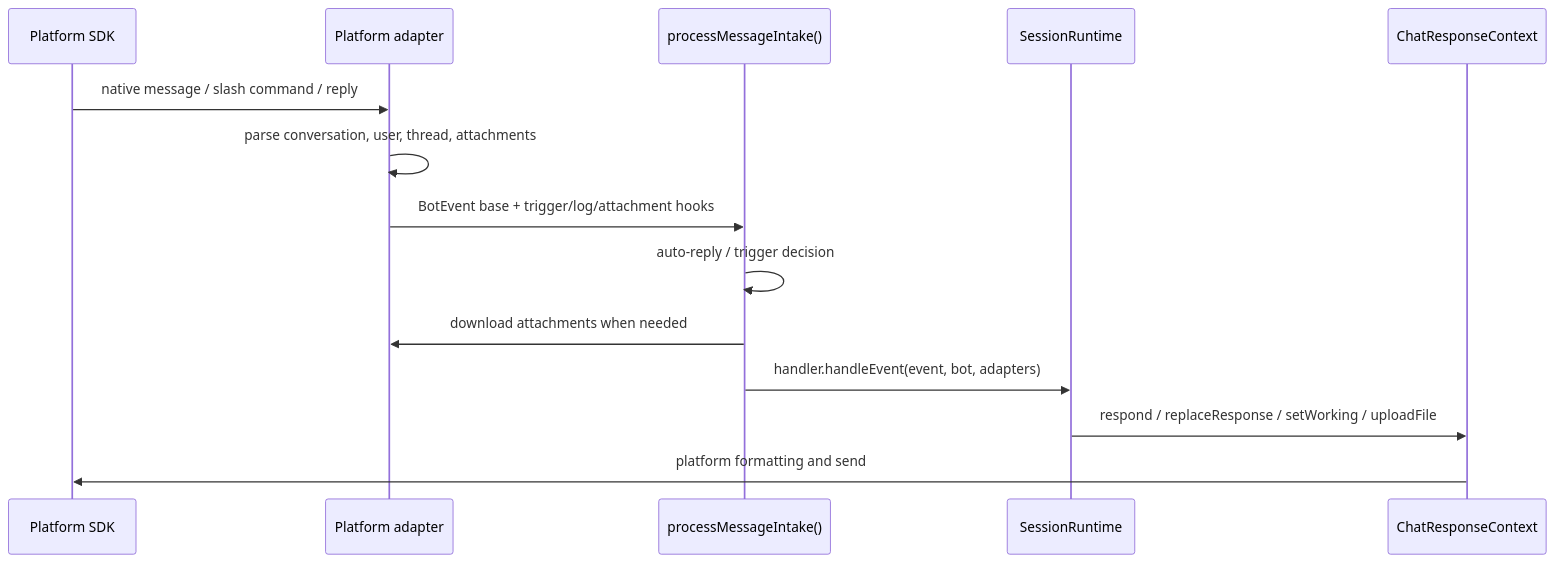
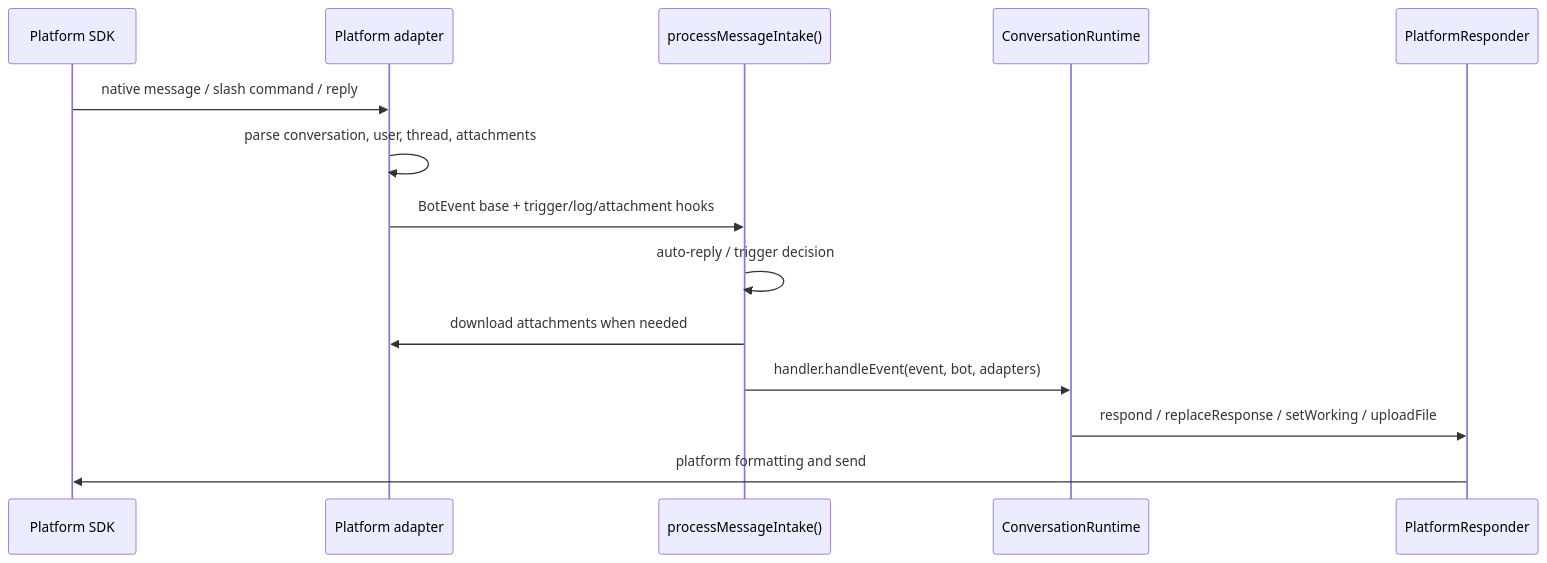
One commit to geminixiang/mikan changed the diagram in src/content/docs/platform-adapters.mdx. Above: the diagram before and after it, drawn with Mermaid. The commit also changed other lines of this file and 50 other files, not shown here.

````diff
--- a/src/content/docs/platform-adapters.mdx
+++ b/src/content/docs/platform-adapters.mdx
@@ -41,17 +41,17 @@
 ```mermaid
 sequenceDiagram
   participant P as Platform SDK
   participant A as Platform adapter
   participant I as processMessageIntake()
-  participant R as SessionRuntime
-  participant C as ChatResponseContext
+  participant R as ConversationRuntime
+  participant C as PlatformResponder
 
   P->>A: native message / slash command / reply
   A->>A: parse conversation, user, thread, attachments
   A->>I: BotEvent base + trigger/log/attachment hooks
   I->>I: auto-reply / trigger decision
   I->>A: download attachments when needed
   I->>R: handler.handleEvent(event, bot, adapters)
   R->>C: respond / replaceResponse / setWorking / uploadFile
   C->>P: platform formatting and send
 ```
````
